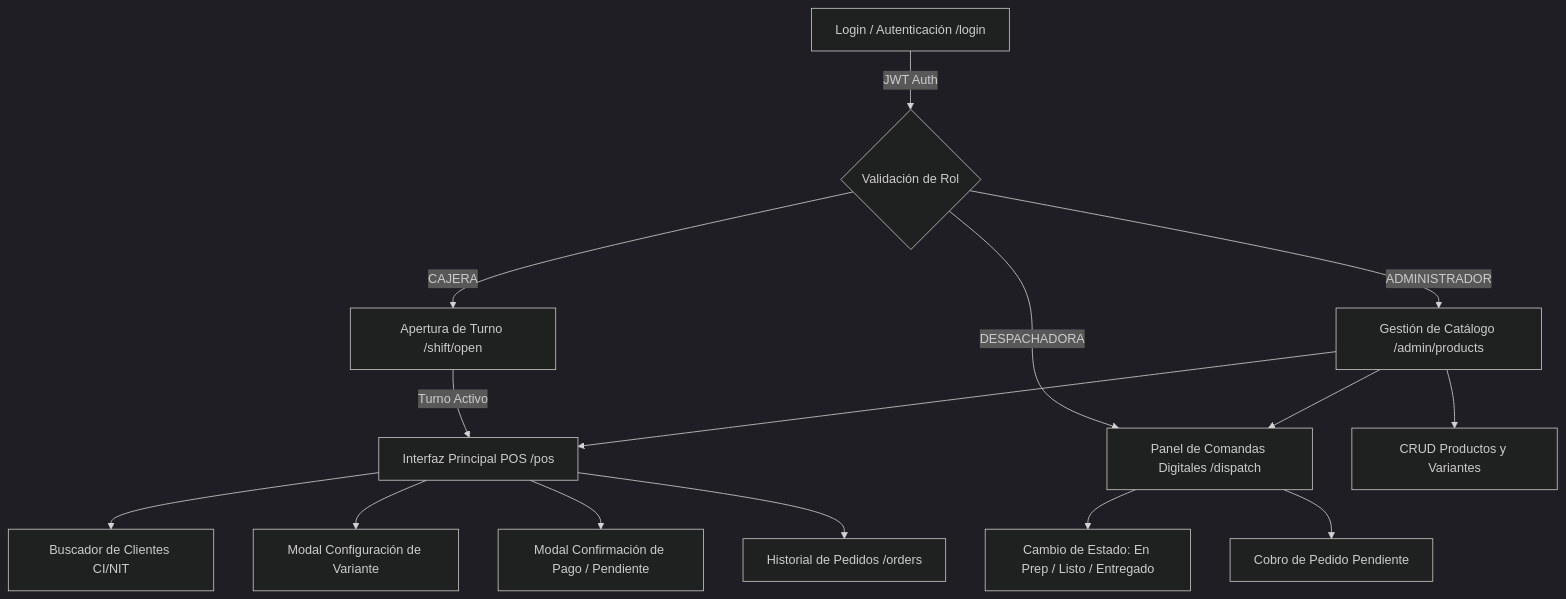
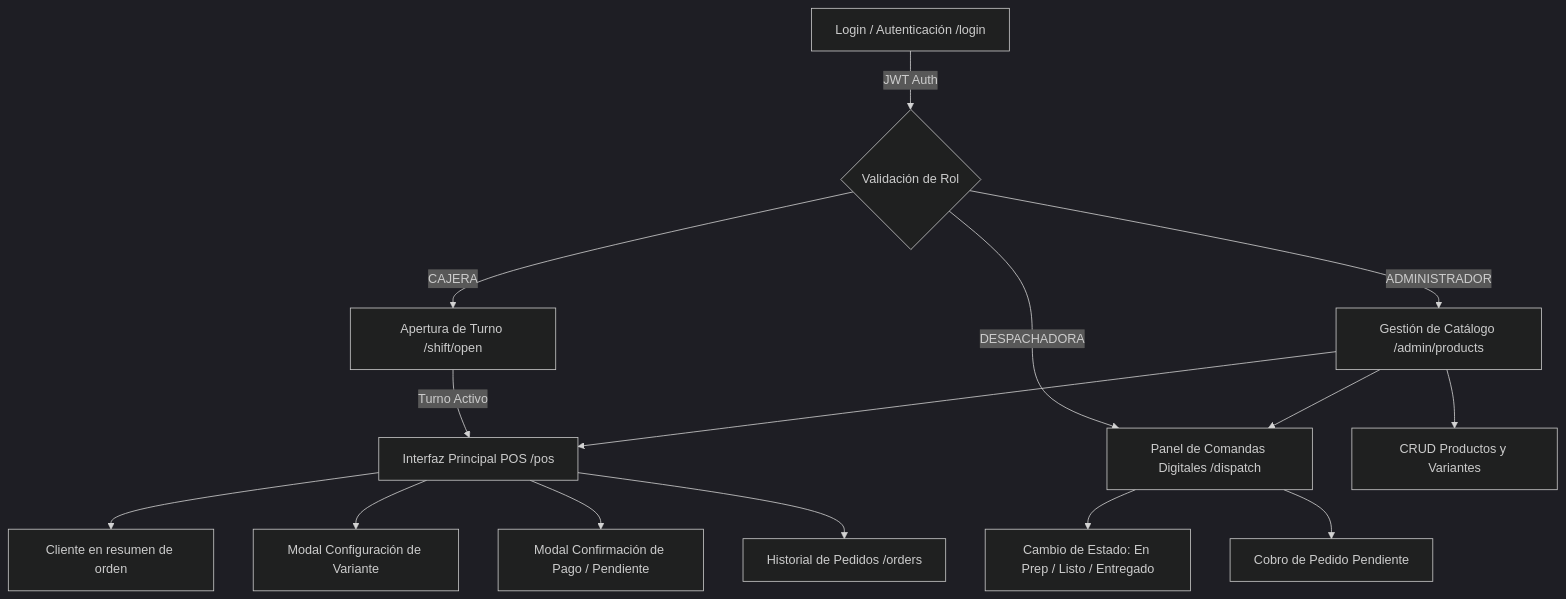
Before and after one commit to Santillan-Reyna-Ariel-Angel/wonderchicken-docs: the diagram in frontend/frontend_interfaces_sprint1.md, drawn with Mermaid (dark theme). The commit also changed other lines of this file, not shown here.

````diff
--- a/frontend/frontend_interfaces_sprint1.md
+++ b/frontend/frontend_interfaces_sprint1.md
@@ -28,19 +28,19 @@
 ```mermaid
 graph TD
     A[Login / Autenticación /login] -->|JWT Auth| B{Validación de Rol}
     B -->|CAJERA| C[Apertura de Turno /shift/open]
     C -->|Turno Activo| D[Interfaz Principal POS /pos]
-    D --> E[Buscador de Clientes CI/NIT]
+    D --> E[Cliente en resumen de orden]
     D --> F[Modal Configuración de Variante]
     D --> G[Modal Confirmación de Pago / Pendiente]
     D --> H[Historial de Pedidos /orders]
     
     B -->|DESPACHADORA| I[Panel de Comandas Digitales /dispatch]
     I --> J[Cambio de Estado: En Prep / Listo / Entregado]
     I --> K[Cobro de Pedido Pendiente]
     
     B -->|ADMINISTRADOR| L[Gestión de Catálogo /admin/products]
     L --> M[CRUD Productos y Variantes]
     L --> D
     L --> I
 ```
````
